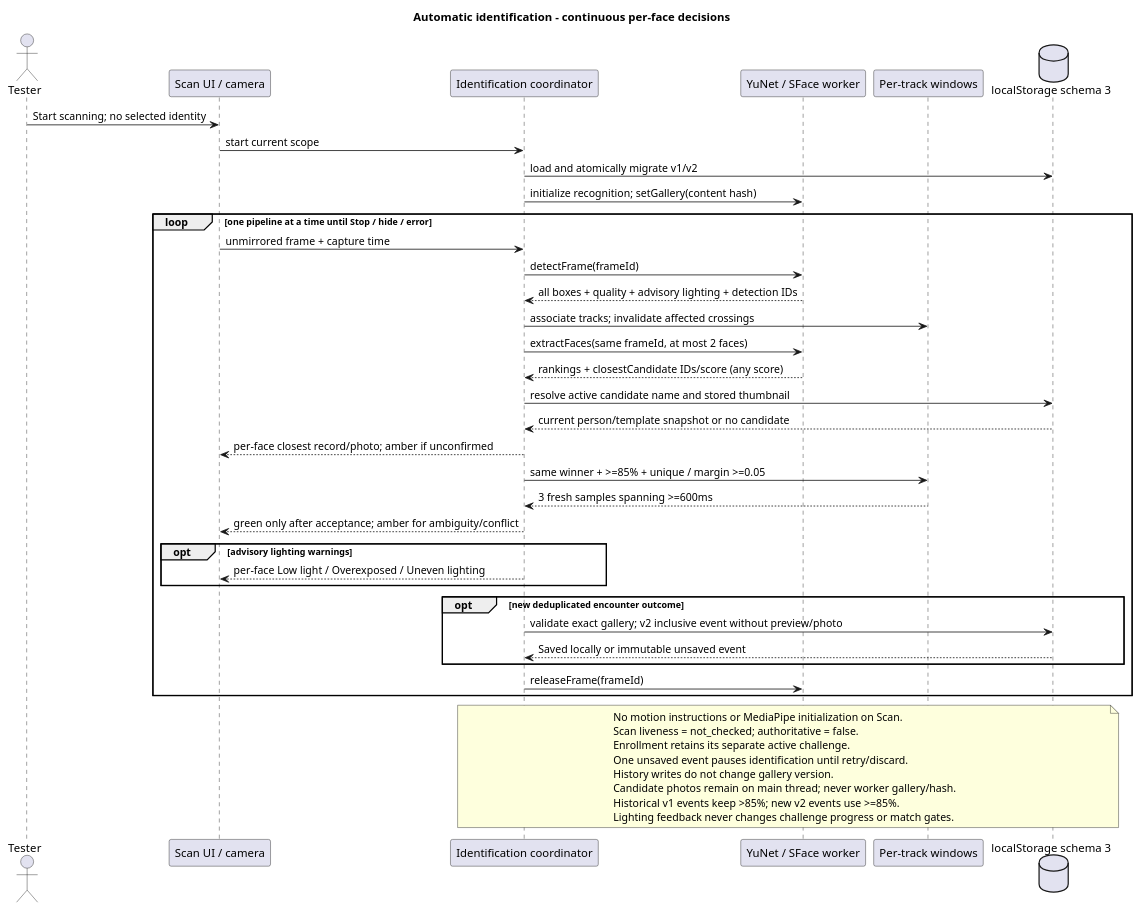
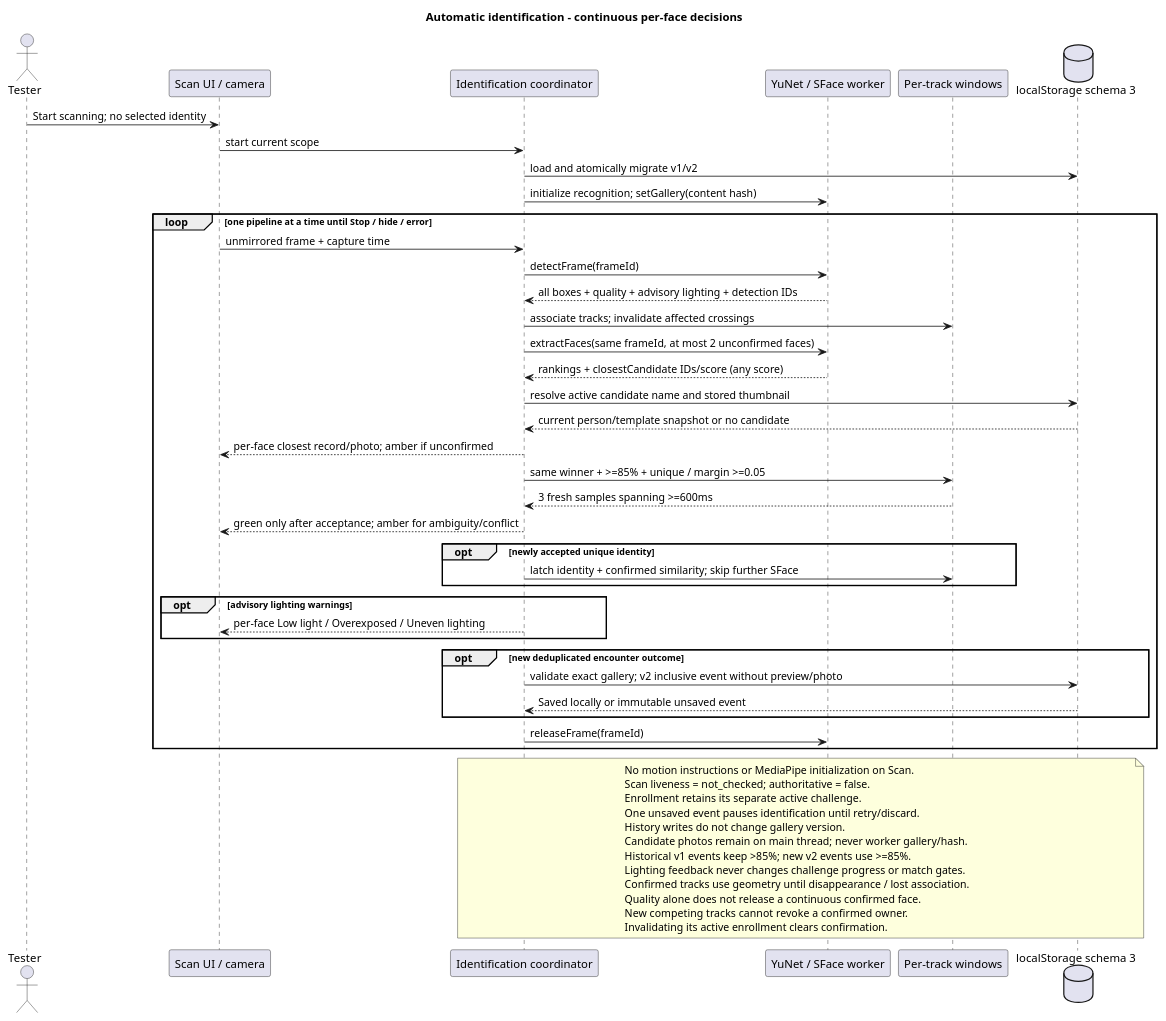
One commit to pixelDigitTony/face-recog-prototype changed the eighth of 8 diagrams in docs/STK_FACE_RECOGNITION_PROTOTYPE_UML.puml. Above: the diagram before and after it, drawn with PlantUML. The commit also changed 12 other files, not shown here.

```diff
--- a/docs/STK_FACE_RECOGNITION_PROTOTYPE_UML.puml
+++ b/docs/STK_FACE_RECOGNITION_PROTOTYPE_UML.puml
@@ -514,46 +514,53 @@
 @startuml stk_automatic_identification
 title Automatic identification - continuous per-face decisions
 skinparam shadowing false
 actor Tester
 participant "Scan UI / camera" as UI
 participant "Identification coordinator" as Scan
 participant "YuNet / SFace worker" as Worker
 participant "Per-track windows" as Tracks
 database "localStorage schema 3" as DB
 Tester -> UI : Start scanning; no selected identity
 UI -> Scan : start current scope
 Scan -> DB : load and atomically migrate v1/v2
 Scan -> Worker : initialize recognition; setGallery(content hash)
 loop one pipeline at a time until Stop / hide / error
   UI -> Scan : unmirrored frame + capture time
   Scan -> Worker : detectFrame(frameId)
   Worker --> Scan : all boxes + quality + advisory lighting + detection IDs
   Scan -> Tracks : associate tracks; invalidate affected crossings
-  Scan -> Worker : extractFaces(same frameId, at most 2 faces)
+  Scan -> Worker : extractFaces(same frameId, at most 2 unconfirmed faces)
   Worker --> Scan : rankings + closestCandidate IDs/score (any score)
   Scan -> DB : resolve active candidate name and stored thumbnail
   DB --> Scan : current person/template snapshot or no candidate
   Scan --> UI : per-face closest record/photo; amber if unconfirmed
   Scan -> Tracks : same winner + >=85% + unique / margin >=0.05
   Tracks --> Scan : 3 fresh samples spanning >=600ms
   Scan --> UI : green only after acceptance; amber for ambiguity/conflict
+  opt newly accepted unique identity
+    Scan -> Tracks : latch identity + confirmed similarity; skip further SFace
+  end
   opt advisory lighting warnings
     Scan --> UI : per-face Low light / Overexposed / Uneven lighting
   end
   opt new deduplicated encounter outcome
     Scan -> DB : validate exact gallery; v2 inclusive event without preview/photo
     DB --> Scan : Saved locally or immutable unsaved event
   end
   Scan -> Worker : releaseFrame(frameId)
 end
 note over Scan, DB
   No motion instructions or MediaPipe initialization on Scan.
   Scan liveness = not_checked; authoritative = false.
   Enrollment retains its separate active challenge.
   One unsaved event pauses identification until retry/discard.
   History writes do not change gallery version.
   Candidate photos remain on main thread; never worker gallery/hash.
   Historical v1 events keep >85%; new v2 events use >=85%.
   Lighting feedback never changes challenge progress or match gates.
+  Confirmed tracks use geometry until disappearance / lost association.
+  Quality alone does not release a continuous confirmed face.
+  New competing tracks cannot revoke a confirmed owner.
+  Invalidating its active enrollment clears confirmation.
 end note
 @enduml
```
